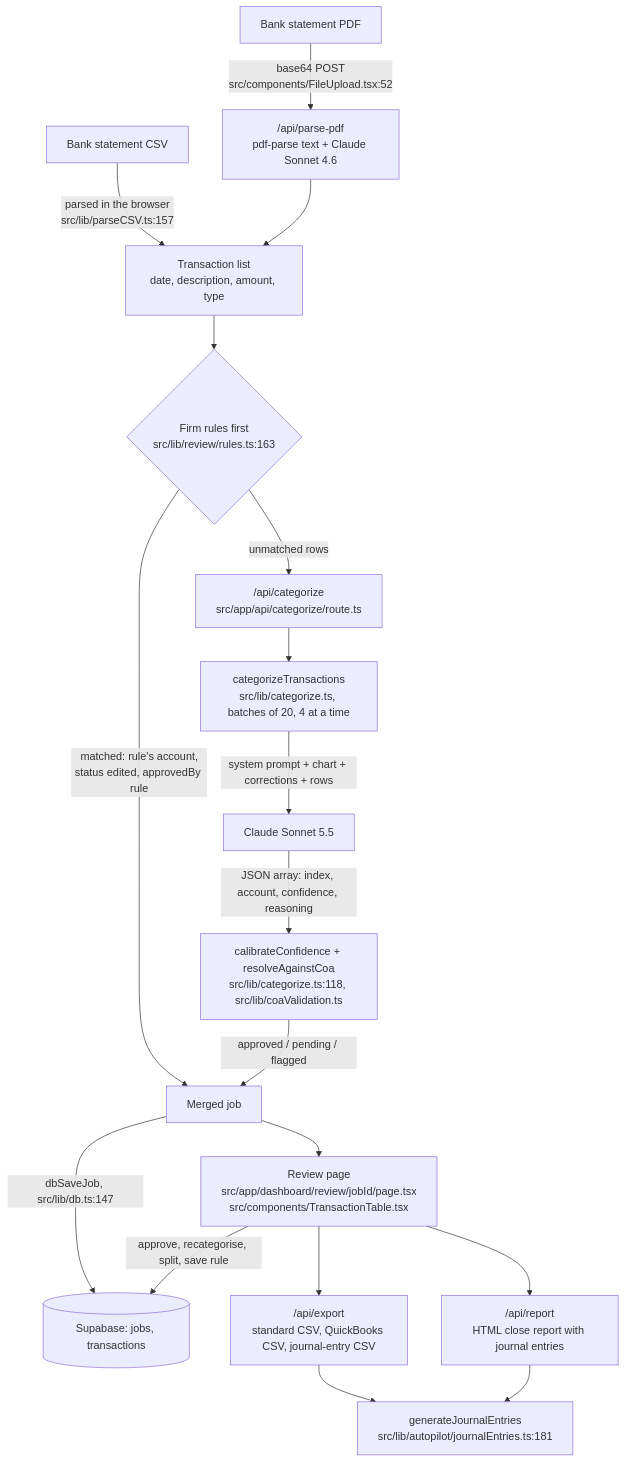
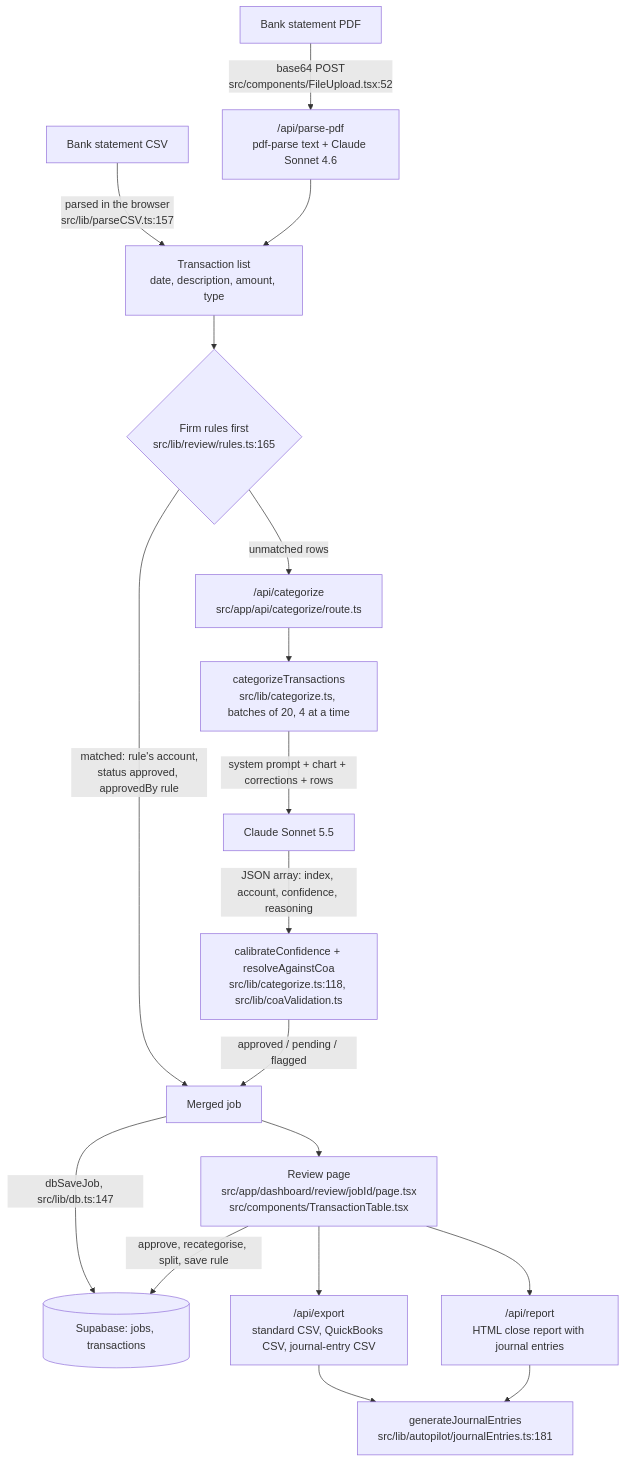
Before and after one commit to dudailia/closebooks-app: the diagram in docs/architecture.md, drawn with Mermaid. The commit also changed other lines of this file and 28 other files, not shown here.

First line of the commit message:
fix(review): Save-rule prompt shows on screen for every account change; rule rows are approved

````diff
--- a/docs/architecture.md
+++ b/docs/architecture.md
@@ -20,20 +20,20 @@
 ```mermaid
 flowchart TD
   A[Bank statement CSV] -->|parsed in the browser<br/>src/lib/parseCSV.ts:157| C[Transaction list<br/>date, description, amount, type]
   B[Bank statement PDF] -->|base64 POST<br/>src/components/FileUpload.tsx:52| P["/api/parse-pdf<br/>pdf-parse text + Claude Sonnet 4.6"]
   P --> C
-  C --> R{Firm rules first<br/>src/lib/review/rules.ts:163}
-  R -->|matched: rule's account,<br/>status edited, approvedBy rule| M[Merged job]
+  C --> R{Firm rules first<br/>src/lib/review/rules.ts:165}
+  R -->|matched: rule's account,<br/>status approved, approvedBy rule| M[Merged job]
   R -->|unmatched rows| API["/api/categorize<br/>src/app/api/categorize/route.ts"]
   API --> E["categorizeTransactions<br/>src/lib/categorize.ts, batches of 20, 4 at a time"]
   E -->|system prompt + chart + corrections + rows| CL[Claude Sonnet 5.5]
   CL -->|JSON array: index, account, confidence, reasoning| V["calibrateConfidence + resolveAgainstCoa<br/>src/lib/categorize.ts:118, src/lib/coaValidation.ts"]
   V -->|approved / pending / flagged| M
   M -->|dbSaveJob, src/lib/db.ts:147| S[(Supabase: jobs, transactions)]
   M --> RV[Review page<br/>src/app/dashboard/review/jobId/page.tsx<br/>src/components/TransactionTable.tsx]
   RV -->|approve, recategorise, split, save rule| S
   RV --> X["/api/export<br/>standard CSV, QuickBooks CSV, journal-entry CSV"]
   X --> JE["generateJournalEntries<br/>src/lib/autopilot/journalEntries.ts:181"]
   RV --> REP["/api/report<br/>HTML close report with journal entries"]
   REP --> JE
 ```
````
